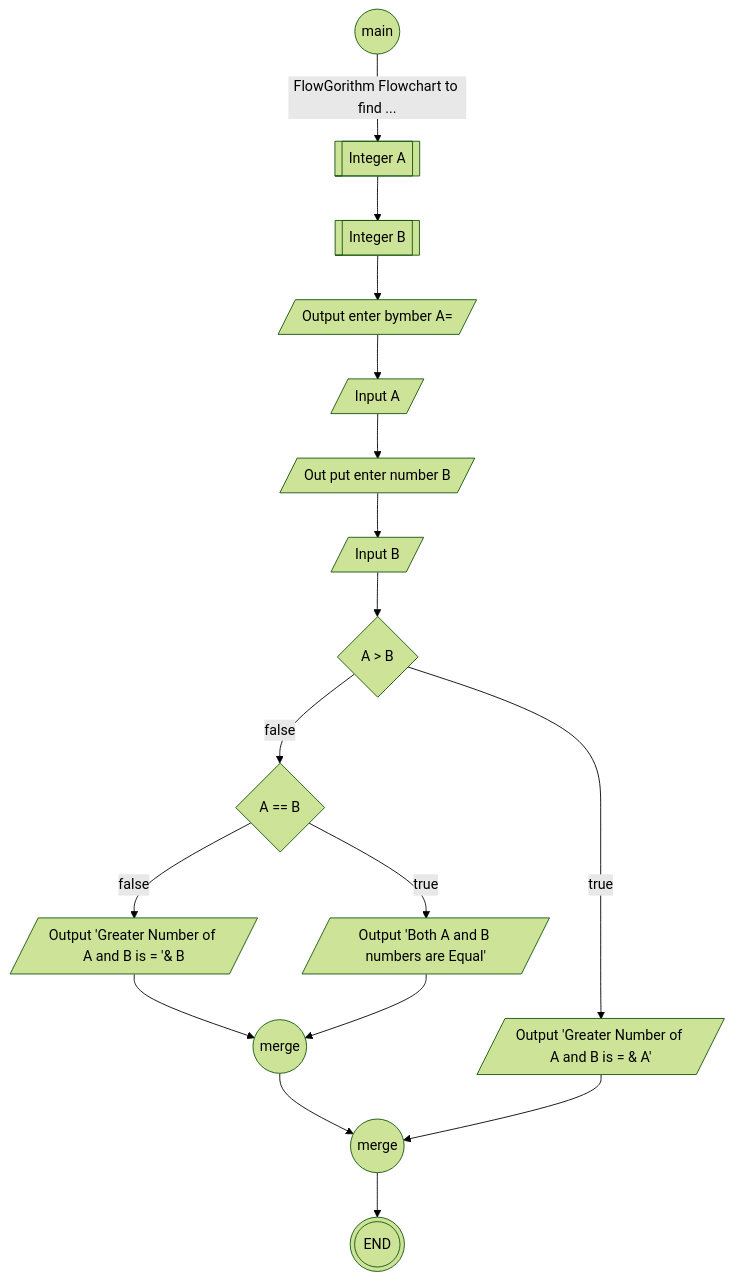
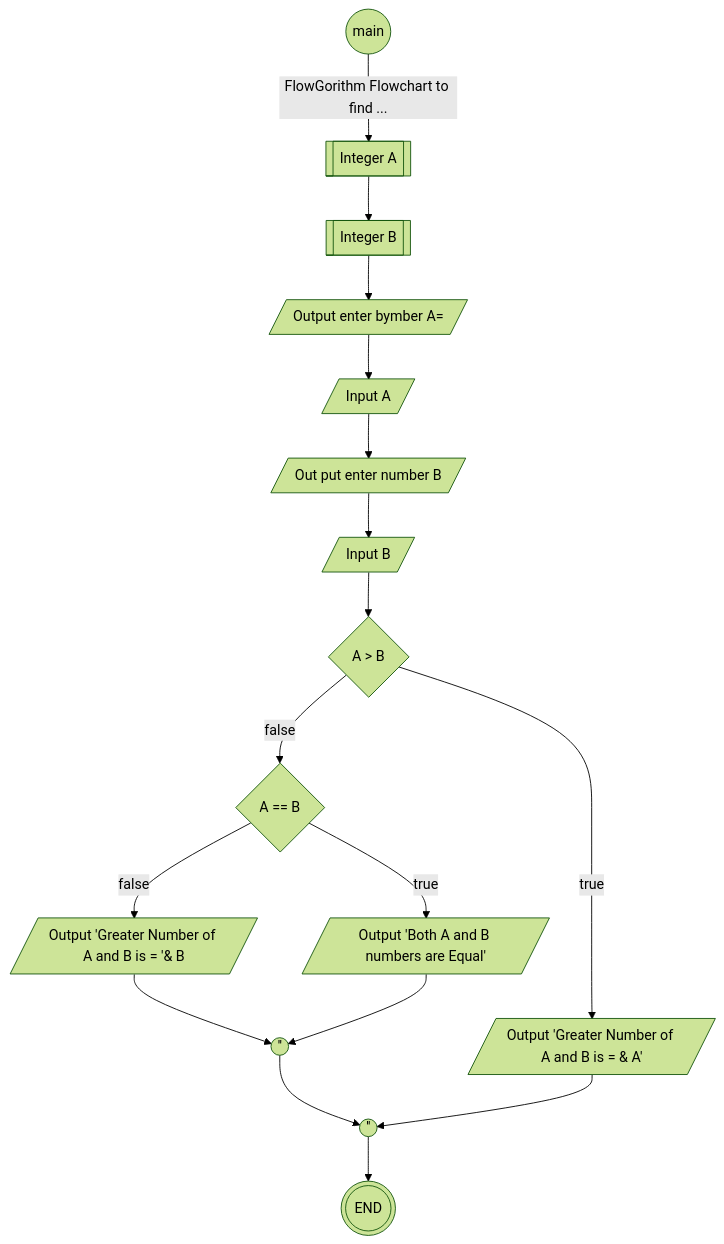
The diagram in Chart.md (dangxuanloc/mermaid-diagram), drawn with Mermaid (forest theme) before and after one commit.

````diff
--- a/Chart.md
+++ b/Chart.md
@@ -1,20 +1,20 @@
 ```mermaid
 flowchart TD
     m((main)) -->
     |FlowGorithm Flowchart to find ...| A[[Integer A]]
     -->B[[Integer B]]
     -->bh1[/Output enter bymber A=/]
     -->bh2[/Input A/]
     -->bh3[/Out put enter number B/]
     -->bh4[/Input B/]
     -->condition1{A > B}
     condition1-->|false|condition2{A == B}
     condition1-->|true|bh5[/Output 'Greater Number of A and B is = & A'/]
     condition2-->|false|bh6[/Output 'Greater Number of A and B is = '& B/]
     condition2-->|true|bh7[/Output 'Both A and B numbers are Equal'/]
-    bh6-->id1((merge))
-    bh7-->id1((merge))
+    bh6-->id1((''))
+    bh7-->id1((''))
     id1-->id2(((End)))
-    bh5-->id2((merge))
+    bh5-->id2((''))
     id2-->id3(((END)))
 ```
````
